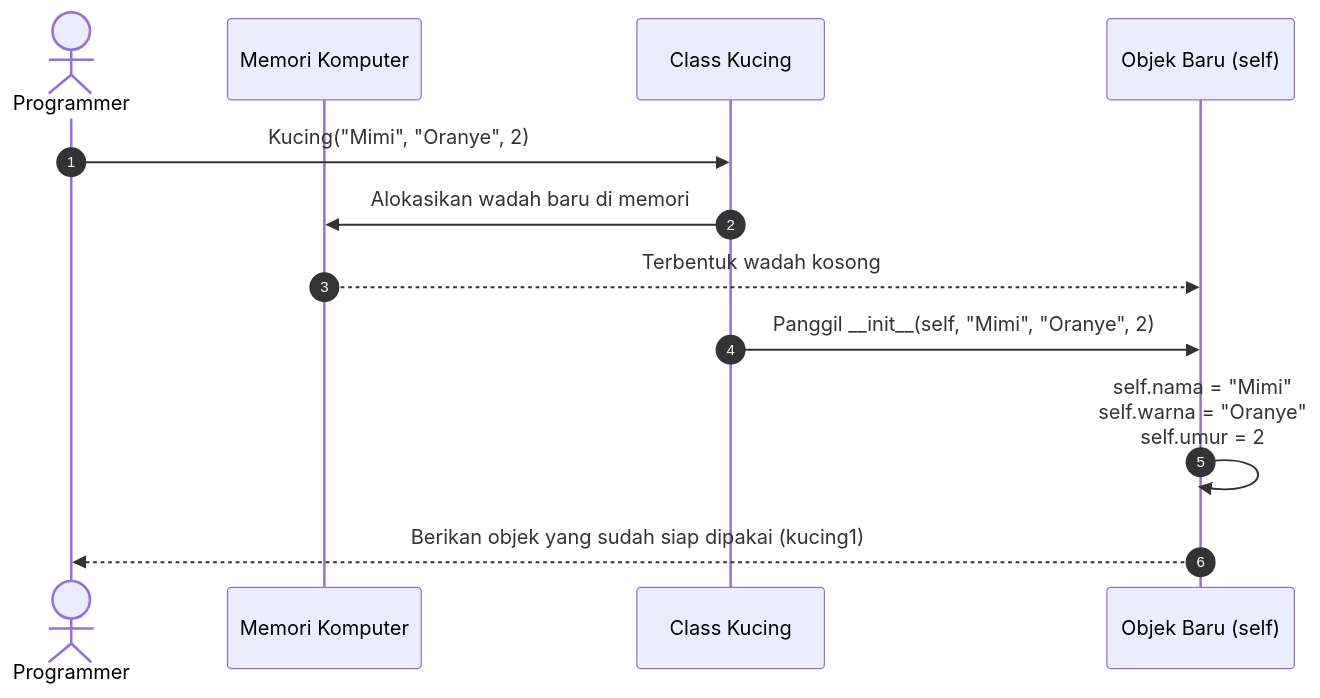
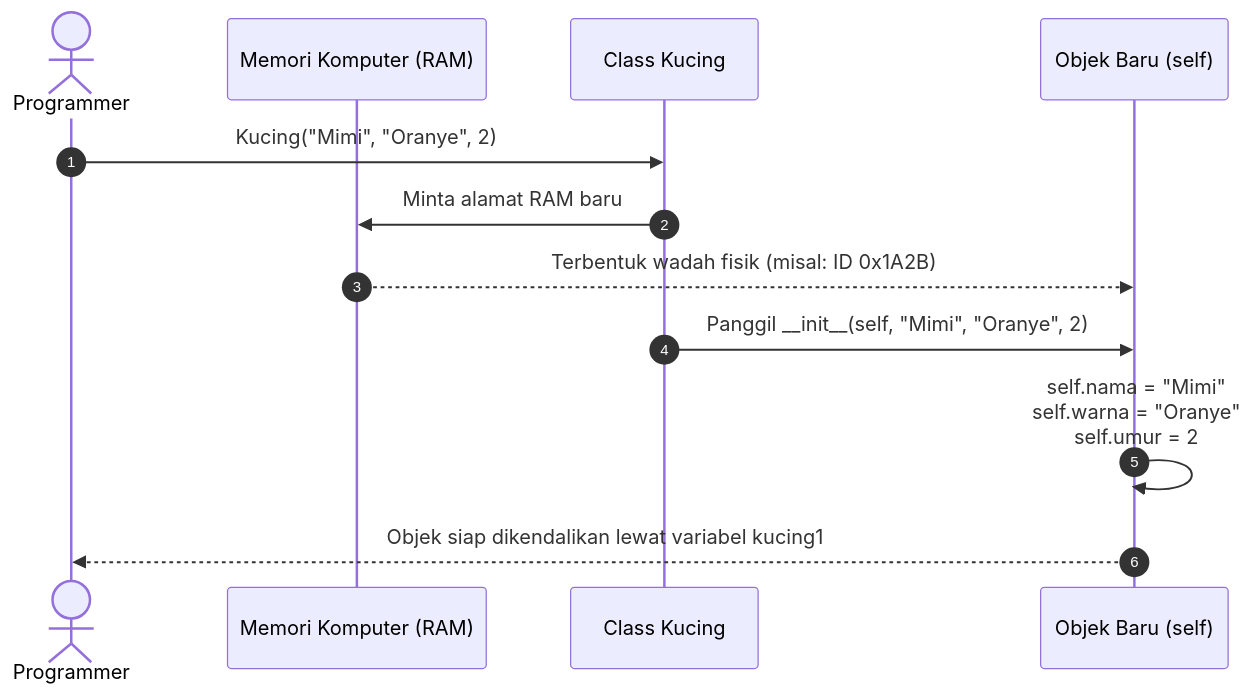
Before and after one commit to antonprafanto/Phyton-OOP: the diagram in 01_zero_level/modul_01_class_object/MATERI.md, drawn with Mermaid. The commit also changed other lines of this file and 1 other file, not shown here.

Commit message:
docs(modul-1): tambahkan default parameters, modifikasi atribut langsung, dan verifikasi id() memori

````diff
--- a/01_zero_level/modul_01_class_object/MATERI.md
+++ b/01_zero_level/modul_01_class_object/MATERI.md
@@ -121,15 +159,15 @@
 ```mermaid
 sequenceDiagram
     autonumber
     actor User as Programmer
-    participant Memory as Memori Komputer
+    participant Memory as Memori Komputer (RAM)
     participant Class as Class Kucing
     participant Instance as Objek Baru (self)
 
     User->>Class: Kucing("Mimi", "Oranye", 2)
-    Class->>Memory: Alokasikan wadah baru di memori
-    Memory-->>Instance: Terbentuk wadah kosong
+    Class->>Memory: Minta alamat RAM baru
+    Memory-->>Instance: Terbentuk wadah fisik (misal: ID 0x1A2B)
     Class->>Instance: Panggil __init__(self, "Mimi", "Oranye", 2)
     Instance->>Instance: self.nama = "Mimi"<br/>self.warna = "Oranye"<br/>self.umur = 2
-    Instance-->>User: Berikan objek yang sudah siap dipakai (kucing1)
+    Instance-->>User: Objek siap dikendalikan lewat variabel kucing1
 ```
````
